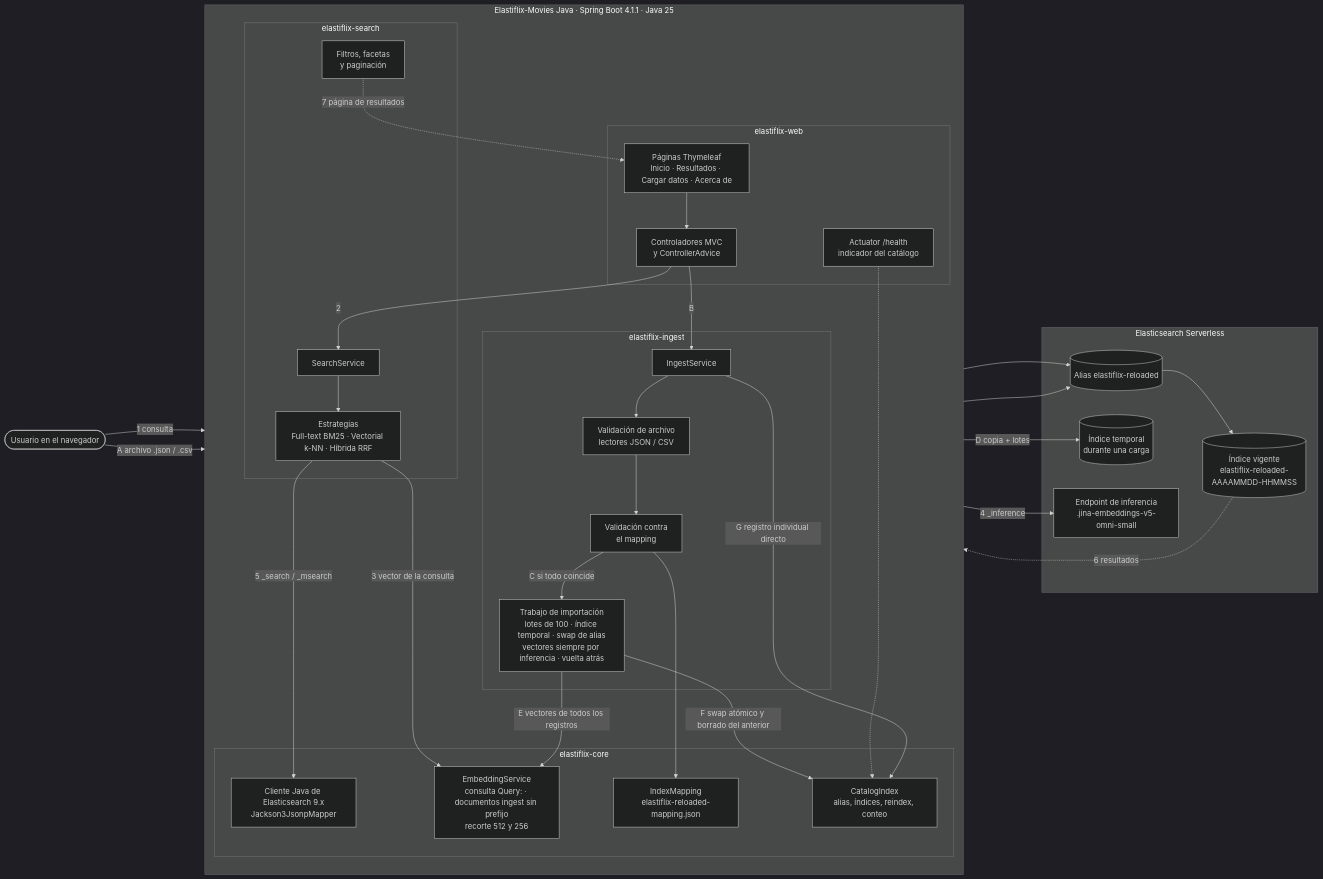
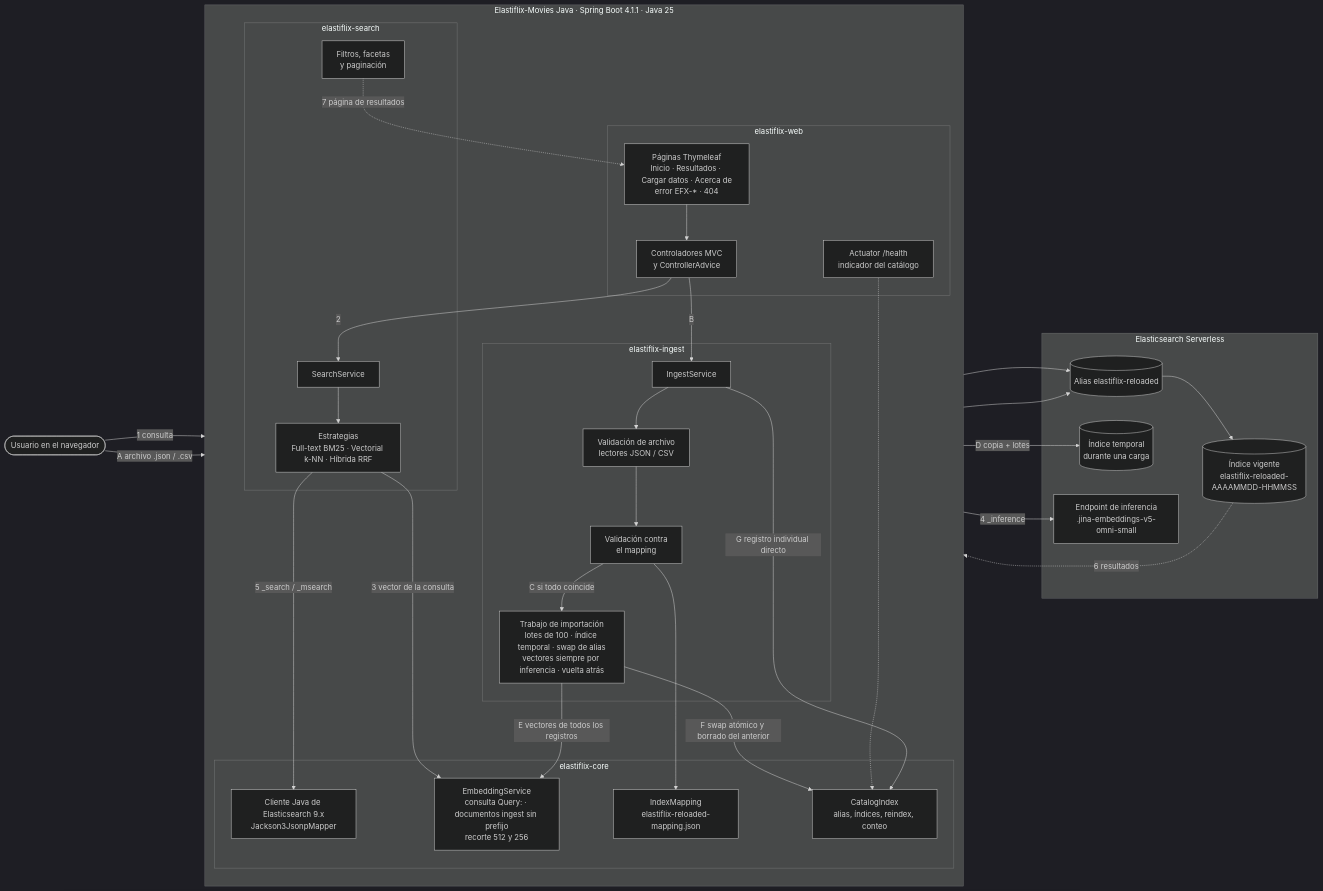
The diagram in docs/arquitectura.mermaid (bigfito/elastiflix-reloaded), drawn with Mermaid (dark theme) before and after one commit. The commit also changed 7 other files, not shown here.

```diff
--- a/docs/arquitectura.mermaid
+++ b/docs/arquitectura.mermaid
@@ -1,59 +1,59 @@
 flowchart LR
   user(["Usuario en el navegador"])
 
   subgraph app["Elastiflix-Movies Java · Spring Boot 4.1.1 · Java 25"]
     direction TB
     subgraph web["elastiflix-web"]
-      pages["Páginas Thymeleaf<br/>Inicio · Resultados · Cargar datos · Acerca de"]
+      pages["Páginas Thymeleaf<br/>Inicio · Resultados · Cargar datos · Acerca de<br/>error EFX-* · 404"]
       ctrl["Controladores MVC<br/>y ControllerAdvice"]
       health["Actuator /health<br/>indicador del catálogo"]
     end
     subgraph search["elastiflix-search"]
       facade_s["SearchService"]
       strat["Estrategias<br/>Full-text BM25 · Vectorial k-NN · Híbrida RRF"]
       facets["Filtros, facetas<br/>y paginación"]
     end
     subgraph ingest["elastiflix-ingest"]
       facade_i["IngestService"]
       readers["Validación de archivo<br/>lectores JSON / CSV"]
       validator["Validación contra<br/>el mapping"]
       job["Trabajo de importación<br/>lotes de 100 · índice temporal · swap de alias<br/>vectores siempre por inferencia · vuelta atrás"]
     end
     subgraph core["elastiflix-core"]
       client["Cliente Java de Elasticsearch 9.x<br/>Jackson3JsonpMapper"]
       catalog["CatalogIndex<br/>alias, índices, reindex, conteo"]
       emb["EmbeddingService<br/>consulta Query: · documentos ingest sin prefijo<br/>recorte 512 y 256"]
       mapping["IndexMapping<br/>elastiflix-reloaded-mapping.json"]
     end
   end
 
   subgraph es["Elasticsearch Serverless"]
     alias[("Alias elastiflix-reloaded")]
     idx[("Índice vigente<br/>elastiflix-reloaded-AAAAMMDD-HHMMSS")]
     tmp[("Índice temporal<br/>durante una carga")]
     inf["Endpoint de inferencia<br/>.jina-embeddings-v5-omni-small"]
   end
 
   user -->|"1 consulta"| pages
   pages --> ctrl
   ctrl -->|"2"| facade_s
   facade_s --> strat
   strat -->|"3 vector de la consulta"| emb
   emb -->|"4 _inference"| inf
   strat -->|"5 _search / _msearch"| client
   client --> alias
   alias --> idx
   idx -.->|"6 resultados"| facets
   facets -.->|"7 página de resultados"| pages
 
   user -->|"A archivo .json / .csv"| pages
   ctrl -->|"B"| facade_i
   facade_i --> readers --> validator
   validator --> mapping
   validator -->|"C si todo coincide"| job
   job -->|"D copia + lotes"| tmp
   job -->|"E vectores de todos los registros"| emb
   job -->|"F swap atómico y borrado del anterior"| catalog
   catalog --> alias
   health -.-> catalog
   facade_i -->|"G registro individual directo"| catalog
```
